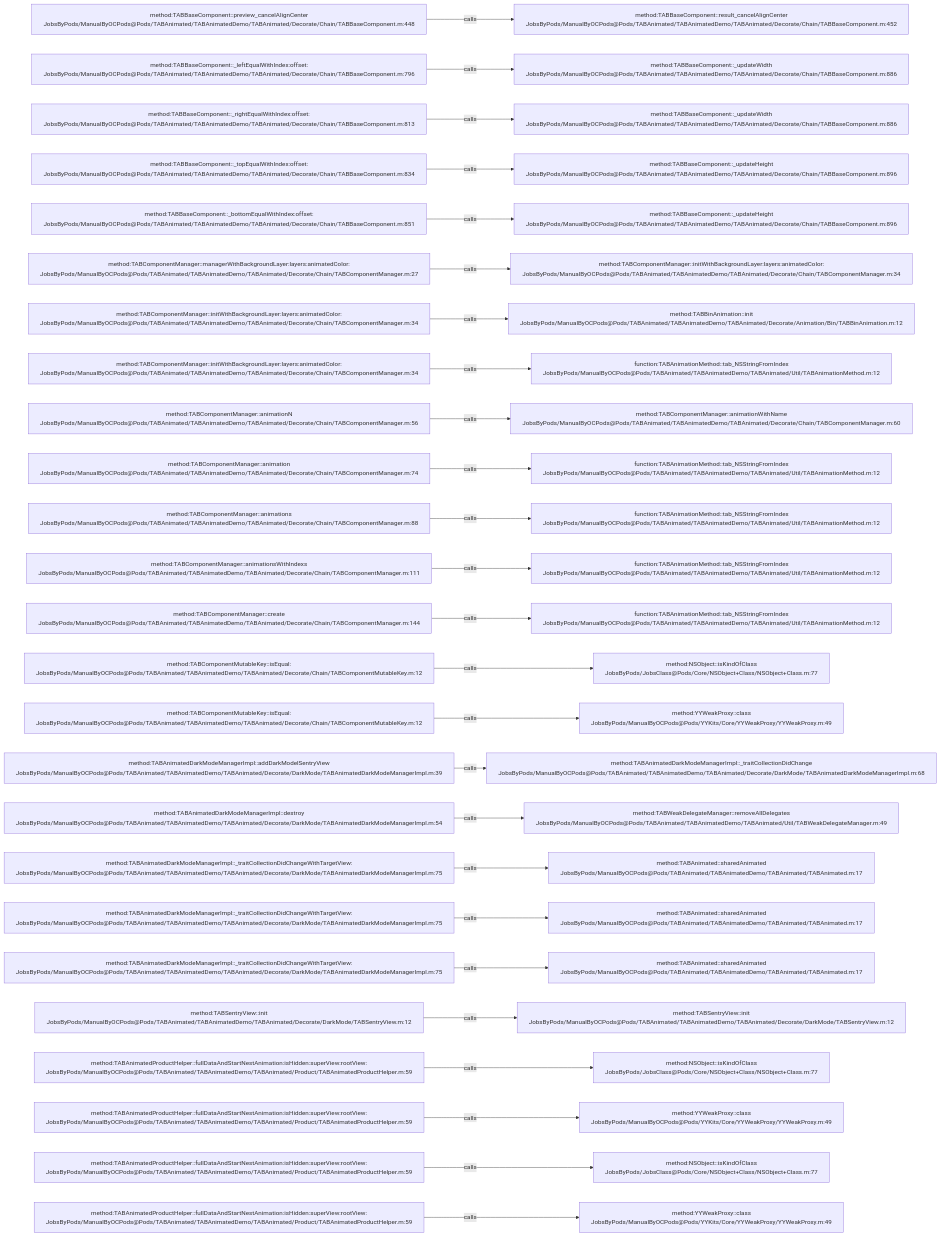
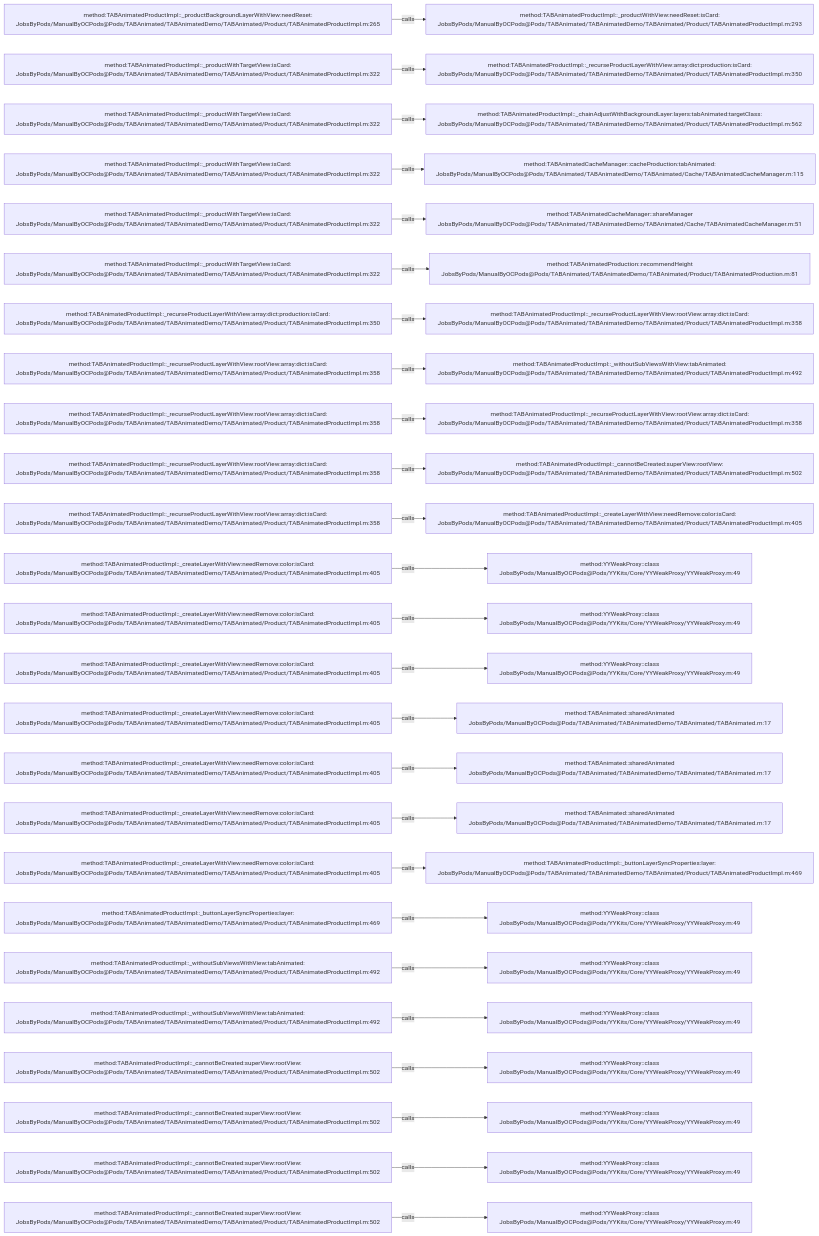
Before and after one commit to JobsKits/JobsOCBaseConfigDemo: the diagram in .codegraph/codegraph.md/graphs/calls-024.md, drawn with Mermaid. The commit also changed 2723 other files, not shown here.

````diff
--- a/.codegraph/codegraph.md/graphs/calls-024.md
+++ b/.codegraph/codegraph.md/graphs/calls-024.md
@@ -13,78 +13,78 @@
 ```mermaid
 flowchart LR
-  S1["method:TABBaseComponent::preview_cancelAlignCenter<br/>JobsByPods/ManualByOCPods@Pods/TABAnimated/TABAnimatedDemo/TABAnimated/Decorate/Chain/TABBaseComponent.m:448"]
-  T1["method:TABBaseComponent::result_cancelAlignCenter<br/>JobsByPods/ManualByOCPods@Pods/TABAnimated/TABAnimatedDemo/TABAnimated/Decorate/Chain/TABBaseComponent.m:452"]
+  S1["method:TABAnimatedProductImpl::_productBackgroundLayerWithView:needReset:<br/>JobsByPods/ManualByOCPods@Pods/TABAnimated/TABAnimatedDemo/TABAnimated/Product/TABAnimatedProductImpl.m:265"]
+  T1["method:TABAnimatedProductImpl::_productWithView:needReset:isCard:<br/>JobsByPods/ManualByOCPods@Pods/TABAnimated/TABAnimatedDemo/TABAnimated/Product/TABAnimatedProductImpl.m:293"]
   S1 -->|calls| T1
-  S2["method:TABBaseComponent::_leftEqualWithIndex:offset:<br/>JobsByPods/ManualByOCPods@Pods/TABAnimated/TABAnimatedDemo/TABAnimated/Decorate/Chain/TABBaseComponent.m:796"]
-  T2["method:TABBaseComponent::_updateWidth<br/>JobsByPods/ManualByOCPods@Pods/TABAnimated/TABAnimatedDemo/TABAnimated/Decorate/Chain/TABBaseComponent.m:886"]
+  S2["method:TABAnimatedProductImpl::_productWithTargetView:isCard:<br/>JobsByPods/ManualByOCPods@Pods/TABAnimated/TABAnimatedDemo/TABAnimated/Product/TABAnimatedProductImpl.m:322"]
+  T2["method:TABAnimatedProductImpl::_recurseProductLayerWithView:array:dict:production:isCard:<br/>JobsByPods/ManualByOCPods@Pods/TABAnimated/TABAnimatedDemo/TABAnimated/Product/TABAnimatedProductImpl.m:350"]
   S2 -->|calls| T2
-  S3["method:TABBaseComponent::_rightEqualWithIndex:offset:<br/>JobsByPods/ManualByOCPods@Pods/TABAnimated/TABAnimatedDemo/TABAnimated/Decorate/Chain/TABBaseComponent.m:813"]
-  T3["method:TABBaseComponent::_updateWidth<br/>JobsByPods/ManualByOCPods@Pods/TABAnimated/TABAnimatedDemo/TABAnimated/Decorate/Chain/TABBaseComponent.m:886"]
+  S3["method:TABAnimatedProductImpl::_productWithTargetView:isCard:<br/>JobsByPods/ManualByOCPods@Pods/TABAnimated/TABAnimatedDemo/TABAnimated/Product/TABAnimatedProductImpl.m:322"]
+  T3["method:TABAnimatedProductImpl::_chainAdjustWithBackgroundLayer:layers:tabAnimated:targetClass:<br/>JobsByPods/ManualByOCPods@Pods/TABAnimated/TABAnimatedDemo/TABAnimated/Product/TABAnimatedProductImpl.m:562"]
   S3 -->|calls| T3
-  S4["method:TABBaseComponent::_topEqualWithIndex:offset:<br/>JobsByPods/ManualByOCPods@Pods/TABAnimated/TABAnimatedDemo/TABAnimated/Decorate/Chain/TABBaseComponent.m:834"]
-  T4["method:TABBaseComponent::_updateHeight<br/>JobsByPods/ManualByOCPods@Pods/TABAnimated/TABAnimatedDemo/TABAnimated/Decorate/Chain/TABBaseComponent.m:896"]
+  S4["method:TABAnimatedProductImpl::_productWithTargetView:isCard:<br/>JobsByPods/ManualByOCPods@Pods/TABAnimated/TABAnimatedDemo/TABAnimated/Product/TABAnimatedProductImpl.m:322"]
+  T4["method:TABAnimatedCacheManager::cacheProduction:tabAnimated:<br/>JobsByPods/ManualByOCPods@Pods/TABAnimated/TABAnimatedDemo/TABAnimated/Cache/TABAnimatedCacheManager.m:115"]
   S4 -->|calls| T4
-  S5["method:TABBaseComponent::_bottomEqualWithIndex:offset:<br/>JobsByPods/ManualByOCPods@Pods/TABAnimated/TABAnimatedDemo/TABAnimated/Decorate/Chain/TABBaseComponent.m:851"]
-  T5["method:TABBaseComponent::_updateHeight<br/>JobsByPods/ManualByOCPods@Pods/TABAnimated/TABAnimatedDemo/TABAnimated/Decorate/Chain/TABBaseComponent.m:896"]
+  S5["method:TABAnimatedProductImpl::_productWithTargetView:isCard:<br/>JobsByPods/ManualByOCPods@Pods/TABAnimated/TABAnimatedDemo/TABAnimated/Product/TABAnimatedProductImpl.m:322"]
+  T5["method:TABAnimatedCacheManager::shareManager<br/>JobsByPods/ManualByOCPods@Pods/TABAnimated/TABAnimatedDemo/TABAnimated/Cache/TABAnimatedCacheManager.m:51"]
   S5 -->|calls| T5
-  S6["method:TABComponentManager::managerWithBackgroundLayer:layers:animatedColor:<br/>JobsByPods/ManualByOCPods@Pods/TABAnimated/TABAnimatedDemo/TABAnimated/Decorate/Chain/TABComponentManager.m:27"]
-  T6["method:TABComponentManager::initWithBackgroundLayer:layers:animatedColor:<br/>JobsByPods/ManualByOCPods@Pods/TABAnimated/TABAnimatedDemo/TABAnimated/Decorate/Chain/TABComponentManager.m:34"]
+  S6["method:TABAnimatedProductImpl::_productWithTargetView:isCard:<br/>JobsByPods/ManualByOCPods@Pods/TABAnimated/TABAnimatedDemo/TABAnimated/Product/TABAnimatedProductImpl.m:322"]
+  T6["method:TABAnimatedProduction::recommendHeight<br/>JobsByPods/ManualByOCPods@Pods/TABAnimated/TABAnimatedDemo/TABAnimated/Product/TABAnimatedProduction.m:81"]
   S6 -->|calls| T6
-  S7["method:TABComponentManager::initWithBackgroundLayer:layers:animatedColor:<br/>JobsByPods/ManualByOCPods@Pods/TABAnimated/TABAnimatedDemo/TABAnimated/Decorate/Chain/TABComponentManager.m:34"]
-  T7["method:TABBinAnimation::init<br/>JobsByPods/ManualByOCPods@Pods/TABAnimated/TABAnimatedDemo/TABAnimated/Decorate/Animation/Bin/TABBinAnimation.m:12"]
+  S7["method:TABAnimatedProductImpl::_recurseProductLayerWithView:array:dict:production:isCard:<br/>JobsByPods/ManualByOCPods@Pods/TABAnimated/TABAnimatedDemo/TABAnimated/Product/TABAnimatedProductImpl.m:350"]
+  T7["method:TABAnimatedProductImpl::_recurseProductLayerWithView:rootView:array:dict:isCard:<br/>JobsByPods/ManualByOCPods@Pods/TABAnimated/TABAnimatedDemo/TABAnimated/Product/TABAnimatedProductImpl.m:358"]
   S7 -->|calls| T7
-  S8["method:TABComponentManager::initWithBackgroundLayer:layers:animatedColor:<br/>JobsByPods/ManualByOCPods@Pods/TABAnimated/TABAnimatedDemo/TABAnimated/Decorate/Chain/TABComponentManager.m:34"]
-  T8["function:TABAnimationMethod::tab_NSStringFromIndex<br/>JobsByPods/ManualByOCPods@Pods/TABAnimated/TABAnimatedDemo/TABAnimated/Util/TABAnimationMethod.m:12"]
+  S8["method:TABAnimatedProductImpl::_recurseProductLayerWithView:rootView:array:dict:isCard:<br/>JobsByPods/ManualByOCPods@Pods/TABAnimated/TABAnimatedDemo/TABAnimated/Product/TABAnimatedProductImpl.m:358"]
+  T8["method:TABAnimatedProductImpl::_withoutSubViewsWithView:tabAnimated:<br/>JobsByPods/ManualByOCPods@Pods/TABAnimated/TABAnimatedDemo/TABAnimated/Product/TABAnimatedProductImpl.m:492"]
   S8 -->|calls| T8
-  S9["method:TABComponentManager::animationN<br/>JobsByPods/ManualByOCPods@Pods/TABAnimated/TABAnimatedDemo/TABAnimated/Decorate/Chain/TABComponentManager.m:56"]
-  T9["method:TABComponentManager::animationWithName<br/>JobsByPods/ManualByOCPods@Pods/TABAnimated/TABAnimatedDemo/TABAnimated/Decorate/Chain/TABComponentManager.m:60"]
+  S9["method:TABAnimatedProductImpl::_recurseProductLayerWithView:rootView:array:dict:isCard:<br/>JobsByPods/ManualByOCPods@Pods/TABAnimated/TABAnimatedDemo/TABAnimated/Product/TABAnimatedProductImpl.m:358"]
+  T9["method:TABAnimatedProductImpl::_recurseProductLayerWithView:rootView:array:dict:isCard:<br/>JobsByPods/ManualByOCPods@Pods/TABAnimated/TABAnimatedDemo/TABAnimated/Product/TABAnimatedProductImpl.m:358"]
   S9 -->|calls| T9
-  S10["method:TABComponentManager::animation<br/>JobsByPods/ManualByOCPods@Pods/TABAnimated/TABAnimatedDemo/TABAnimated/Decorate/Chain/TABComponentManager.m:74"]
-  T10["function:TABAnimationMethod::tab_NSStringFromIndex<br/>JobsByPods/ManualByOCPods@Pods/TABAnimated/TABAnimatedDemo/TABAnimated/Util/TABAnimationMethod.m:12"]
+  S10["method:TABAnimatedProductImpl::_recurseProductLayerWithView:rootView:array:dict:isCard:<br/>JobsByPods/ManualByOCPods@Pods/TABAnimated/TABAnimatedDemo/TABAnimated/Product/TABAnimatedProductImpl.m:358"]
+  T10["method:TABAnimatedProductImpl::_cannotBeCreated:superView:rootView:<br/>JobsByPods/ManualByOCPods@Pods/TABAnimated/TABAnimatedDemo/TABAnimated/Product/TABAnimatedProductImpl.m:502"]
   S10 -->|calls| T10
-  S11["method:TABComponentManager::animations<br/>JobsByPods/ManualByOCPods@Pods/TABAnimated/TABAnimatedDemo/TABAnimated/Decorate/Chain/TABComponentManager.m:88"]
-  T11["function:TABAnimationMethod::tab_NSStringFromIndex<br/>JobsByPods/ManualByOCPods@Pods/TABAnimated/TABAnimatedDemo/TABAnimated/Util/TABAnimationMethod.m:12"]
+  S11["method:TABAnimatedProductImpl::_recurseProductLayerWithView:rootView:array:dict:isCard:<br/>JobsByPods/ManualByOCPods@Pods/TABAnimated/TABAnimatedDemo/TABAnimated/Product/TABAnimatedProductImpl.m:358"]
+  T11["method:TABAnimatedProductImpl::_createLayerWithView:needRemove:color:isCard:<br/>JobsByPods/ManualByOCPods@Pods/TABAnimated/TABAnimatedDemo/TABAnimated/Product/TABAnimatedProductImpl.m:405"]
   S11 -->|calls| T11
-  S12["method:TABComponentManager::animationsWithIndexs<br/>JobsByPods/ManualByOCPods@Pods/TABAnimated/TABAnimatedDemo/TABAnimated/Decorate/Chain/TABComponentManager.m:111"]
-  T12["function:TABAnimationMethod::tab_NSStringFromIndex<br/>JobsByPods/ManualByOCPods@Pods/TABAnimated/TABAnimatedDemo/TABAnimated/Util/TABAnimationMethod.m:12"]
+  S12["method:TABAnimatedProductImpl::_createLayerWithView:needRemove:color:isCard:<br/>JobsByPods/ManualByOCPods@Pods/TABAnimated/TABAnimatedDemo/TABAnimated/Product/TABAnimatedProductImpl.m:405"]
+  T12["method:YYWeakProxy::class<br/>JobsByPods/ManualByOCPods@Pods/YYKits/Core/YYWeakProxy/YYWeakProxy.m:49"]
   S12 -->|calls| T12
-  S13["method:TABComponentManager::create<br/>JobsByPods/ManualByOCPods@Pods/TABAnimated/TABAnimatedDemo/TABAnimated/Decorate/Chain/TABComponentManager.m:144"]
-  T13["function:TABAnimationMethod::tab_NSStringFromIndex<br/>JobsByPods/ManualByOCPods@Pods/TABAnimated/TABAnimatedDemo/TABAnimated/Util/TABAnimationMethod.m:12"]
+  S13["method:TABAnimatedProductImpl::_createLayerWithView:needRemove:color:isCard:<br/>JobsByPods/ManualByOCPods@Pods/TABAnimated/TABAnimatedDemo/TABAnimated/Product/TABAnimatedProductImpl.m:405"]
+  T13["method:YYWeakProxy::class<br/>JobsByPods/ManualByOCPods@Pods/YYKits/Core/YYWeakProxy/YYWeakProxy.m:49"]
   S13 -->|calls| T13
-  S14["method:TABComponentMutableKey::isEqual:<br/>JobsByPods/ManualByOCPods@Pods/TABAnimated/TABAnimatedDemo/TABAnimated/Decorate/Chain/TABComponentMutableKey.m:12"]
-  T14["method:NSObject::isKindOfClass<br/>JobsByPods/JobsClass@Pods/Core/NSObject+Class/NSObject+Class.m:77"]
+  S14["method:TABAnimatedProductImpl::_createLayerWithView:needRemove:color:isCard:<br/>JobsByPods/ManualByOCPods@Pods/TABAnimated/TABAnimatedDemo/TABAnimated/Product/TABAnimatedProductImpl.m:405"]
+  T14["method:YYWeakProxy::class<br/>JobsByPods/ManualByOCPods@Pods/YYKits/Core/YYWeakProxy/YYWeakProxy.m:49"]
   S14 -->|calls| T14
-  S15["method:TABComponentMutableKey::isEqual:<br/>JobsByPods/ManualByOCPods@Pods/TABAnimated/TABAnimatedDemo/TABAnimated/Decorate/Chain/TABComponentMutableKey.m:12"]
-  T15["method:YYWeakProxy::class<br/>JobsByPods/ManualByOCPods@Pods/YYKits/Core/YYWeakProxy/YYWeakProxy.m:49"]
+  S15["method:TABAnimatedProductImpl::_createLayerWithView:needRemove:color:isCard:<br/>JobsByPods/ManualByOCPods@Pods/TABAnimated/TABAnimatedDemo/TABAnimated/Product/TABAnimatedProductImpl.m:405"]
+  T15["method:TABAnimated::sharedAnimated<br/>JobsByPods/ManualByOCPods@Pods/TABAnimated/TABAnimatedDemo/TABAnimated/TABAnimated.m:17"]
   S15 -->|calls| T15
-  S16["method:TABAnimatedDarkModeManagerImpl::addDarkModelSentryView<br/>JobsByPods/ManualByOCPods@Pods/TABAnimated/TABAnimatedDemo/TABAnimated/Decorate/DarkMode/TABAnimatedDarkModeManagerImpl.m:39"]
-  T16["method:TABAnimatedDarkModeManagerImpl::_traitCollectionDidChange<br/>JobsByPods/ManualByOCPods@Pods/TABAnimated/TABAnimatedDemo/TABAnimated/Decorate/DarkMode/TABAnimatedDarkModeManagerImpl.m:68"]
+  S16["method:TABAnimatedProductImpl::_createLayerWithView:needRemove:color:isCard:<br/>JobsByPods/ManualByOCPods@Pods/TABAnimated/TABAnimatedDemo/TABAnimated/Product/TABAnimatedProductImpl.m:405"]
+  T16["method:TABAnimated::sharedAnimated<br/>JobsByPods/ManualByOCPods@Pods/TABAnimated/TABAnimatedDemo/TABAnimated/TABAnimated.m:17"]
   S16 -->|calls| T16
-  S17["method:TABAnimatedDarkModeManagerImpl::destroy<br/>JobsByPods/ManualByOCPods@Pods/TABAnimated/TABAnimatedDemo/TABAnimated/Decorate/DarkMode/TABAnimatedDarkModeManagerImpl.m:54"]
-  T17["method:TABWeakDelegateManager::removeAllDelegates<br/>JobsByPods/ManualByOCPods@Pods/TABAnimated/TABAnimatedDemo/TABAnimated/Util/TABWeakDelegateManager.m:49"]
+  S17["method:TABAnimatedProductImpl::_createLayerWithView:needRemove:color:isCard:<br/>JobsByPods/ManualByOCPods@Pods/TABAnimated/TABAnimatedDemo/TABAnimated/Product/TABAnimatedProductImpl.m:405"]
+  T17["method:TABAnimated::sharedAnimated<br/>JobsByPods/ManualByOCPods@Pods/TABAnimated/TABAnimatedDemo/TABAnimated/TABAnimated.m:17"]
   S17 -->|calls| T17
-  S18["method:TABAnimatedDarkModeManagerImpl::_traitCollectionDidChangeWithTargetView:<br/>JobsByPods/ManualByOCPods@Pods/TABAnimated/TABAnimatedDemo/TABAnimated/Decorate/DarkMode/TABAnimatedDarkModeManagerImpl.m:75"]
-  T18["method:TABAnimated::sharedAnimated<br/>JobsByPods/ManualByOCPods@Pods/TABAnimated/TABAnimatedDemo/TABAnimated/TABAnimated.m:17"]
+  S18["method:TABAnimatedProductImpl::_createLayerWithView:needRemove:color:isCard:<br/>JobsByPods/ManualByOCPods@Pods/TABAnimated/TABAnimatedDemo/TABAnimated/Product/TABAnimatedProductImpl.m:405"]
+  T18["method:TABAnimatedProductImpl::_buttonLayerSyncProperties:layer:<br/>JobsByPods/ManualByOCPods@Pods/TABAnimated/TABAnimatedDemo/TABAnimated/Product/TABAnimatedProductImpl.m:469"]
   S18 -->|calls| T18
-  S19["method:TABAnimatedDarkModeManagerImpl::_traitCollectionDidChangeWithTargetView:<br/>JobsByPods/ManualByOCPods@Pods/TABAnimated/TABAnimatedDemo/TABAnimated/Decorate/DarkMode/TABAnimatedDarkModeManagerImpl.m:75"]
-  T19["method:TABAnimated::sharedAnimated<br/>JobsByPods/ManualByOCPods@Pods/TABAnimated/TABAnimatedDemo/TABAnimated/TABAnimated.m:17"]
+  S19["method:TABAnimatedProductImpl::_buttonLayerSyncProperties:layer:<br/>JobsByPods/ManualByOCPods@Pods/TABAnimated/TABAnimatedDemo/TABAnimated/Product/TABAnimatedProductImpl.m:469"]
+  T19["method:YYWeakProxy::class<br/>JobsByPods/ManualByOCPods@Pods/YYKits/Core/YYWeakProxy/YYWeakProxy.m:49"]
   S19 -->|calls| T19
-  S20["method:TABAnimatedDarkModeManagerImpl::_traitCollectionDidChangeWithTargetView:<br/>JobsByPods/ManualByOCPods@Pods/TABAnimated/TABAnimatedDemo/TABAnimated/Decorate/DarkMode/TABAnimatedDarkModeManagerImpl.m:75"]
-  T20["method:TABAnimated::sharedAnimated<br/>JobsByPods/ManualByOCPods@Pods/TABAnimated/TABAnimatedDemo/TABAnimated/TABAnimated.m:17"]
+  S20["method:TABAnimatedProductImpl::_withoutSubViewsWithView:tabAnimated:<br/>JobsByPods/ManualByOCPods@Pods/TABAnimated/TABAnimatedDemo/TABAnimated/Product/TABAnimatedProductImpl.m:492"]
+  T20["method:YYWeakProxy::class<br/>JobsByPods/ManualByOCPods@Pods/YYKits/Core/YYWeakProxy/YYWeakProxy.m:49"]
   S20 -->|calls| T20
-  S21["method:TABSentryView::init<br/>JobsByPods/ManualByOCPods@Pods/TABAnimated/TABAnimatedDemo/TABAnimated/Decorate/DarkMode/TABSentryView.m:12"]
-  T21["method:TABSentryView::init<br/>JobsByPods/ManualByOCPods@Pods/TABAnimated/TABAnimatedDemo/TABAnimated/Decorate/DarkMode/TABSentryView.m:12"]
+  S21["method:TABAnimatedProductImpl::_withoutSubViewsWithView:tabAnimated:<br/>JobsByPods/ManualByOCPods@Pods/TABAnimated/TABAnimatedDemo/TABAnimated/Product/TABAnimatedProductImpl.m:492"]
+  T21["method:YYWeakProxy::class<br/>JobsByPods/ManualByOCPods@Pods/YYKits/Core/YYWeakProxy/YYWeakProxy.m:49"]
   S21 -->|calls| T21
-  S22["method:TABAnimatedProductHelper::fullDataAndStartNestAnimation:isHidden:superView:rootView:<br/>JobsByPods/ManualByOCPods@Pods/TABAnimated/TABAnimatedDemo/TABAnimated/Product/TABAnimatedProductHelper.m:59"]
-  T22["method:NSObject::isKindOfClass<br/>JobsByPods/JobsClass@Pods/Core/NSObject+Class/NSObject+Class.m:77"]
+  S22["method:TABAnimatedProductImpl::_cannotBeCreated:superView:rootView:<br/>JobsByPods/ManualByOCPods@Pods/TABAnimated/TABAnimatedDemo/TABAnimated/Product/TABAnimatedProductImpl.m:502"]
+  T22["method:YYWeakProxy::class<br/>JobsByPods/ManualByOCPods@Pods/YYKits/Core/YYWeakProxy/YYWeakProxy.m:49"]
   S22 -->|calls| T22
-  S23["method:TABAnimatedProductHelper::fullDataAndStartNestAnimation:isHidden:superView:rootView:<br/>JobsByPods/ManualByOCPods@Pods/TABAnimated/TABAnimatedDemo/TABAnimated/Product/TABAnimatedProductHelper.m:59"]
+  S23["method:TABAnimatedProductImpl::_cannotBeCreated:superView:rootView:<br/>JobsByPods/ManualByOCPods@Pods/TABAnimated/TABAnimatedDemo/TABAnimated/Product/TABAnimatedProductImpl.m:502"]
   T23["method:YYWeakProxy::class<br/>JobsByPods/ManualByOCPods@Pods/YYKits/Core/YYWeakProxy/YYWeakProxy.m:49"]
   S23 -->|calls| T23
-  S24["method:TABAnimatedProductHelper::fullDataAndStartNestAnimation:isHidden:superView:rootView:<br/>JobsByPods/ManualByOCPods@Pods/TABAnimated/TABAnimatedDemo/TABAnimated/Product/TABAnimatedProductHelper.m:59"]
-  T24["method:NSObject::isKindOfClass<br/>JobsByPods/JobsClass@Pods/Core/NSObject+Class/NSObject+Class.m:77"]
+  S24["method:TABAnimatedProductImpl::_cannotBeCreated:superView:rootView:<br/>JobsByPods/ManualByOCPods@Pods/TABAnimated/TABAnimatedDemo/TABAnimated/Product/TABAnimatedProductImpl.m:502"]
+  T24["method:YYWeakProxy::class<br/>JobsByPods/ManualByOCPods@Pods/YYKits/Core/YYWeakProxy/YYWeakProxy.m:49"]
   S24 -->|calls| T24
-  S25["method:TABAnimatedProductHelper::fullDataAndStartNestAnimation:isHidden:superView:rootView:<br/>JobsByPods/ManualByOCPods@Pods/TABAnimated/TABAnimatedDemo/TABAnimated/Product/TABAnimatedProductHelper.m:59"]
+  S25["method:TABAnimatedProductImpl::_cannotBeCreated:superView:rootView:<br/>JobsByPods/ManualByOCPods@Pods/TABAnimated/TABAnimatedDemo/TABAnimated/Product/TABAnimatedProductImpl.m:502"]
   T25["method:YYWeakProxy::class<br/>JobsByPods/ManualByOCPods@Pods/YYKits/Core/YYWeakProxy/YYWeakProxy.m:49"]
   S25 -->|calls| T25
 ```
````
